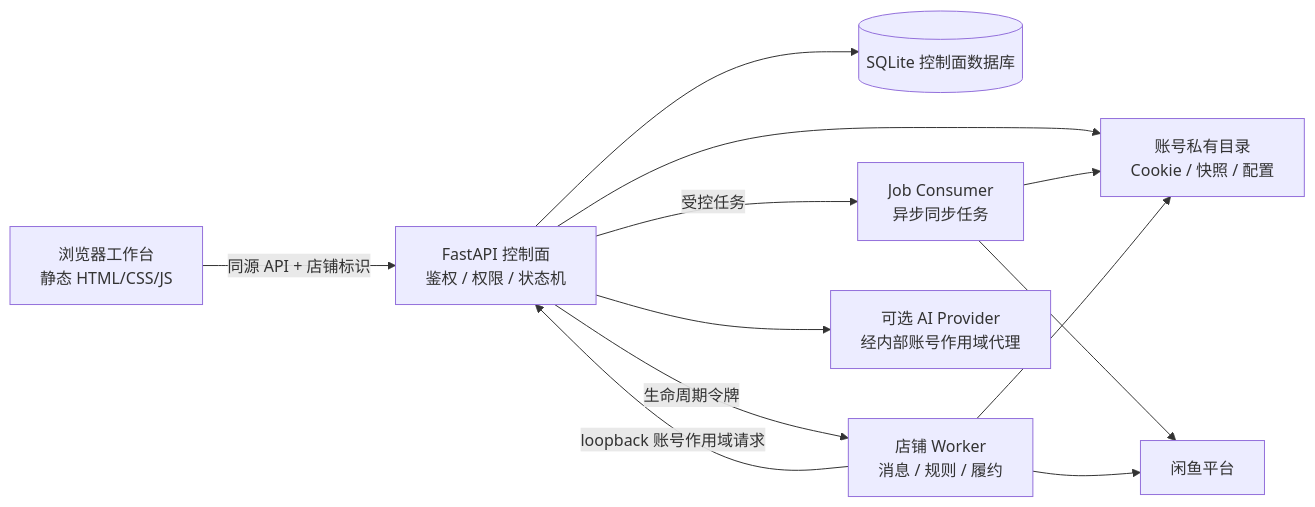
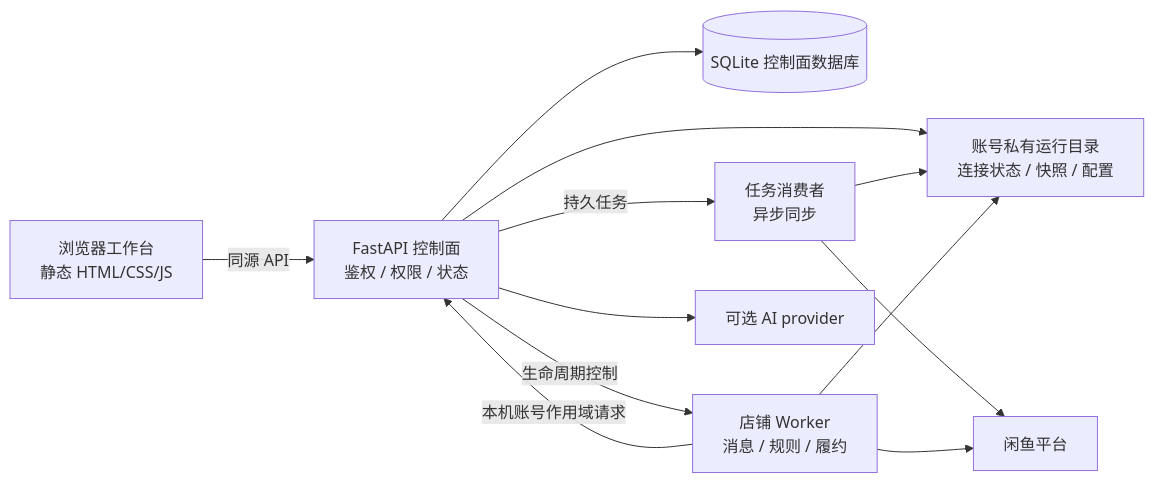
One commit to tswawa/xianyu-saas changed the diagram in docs/ARCHITECTURE.md. Above: the diagram before and after it, drawn with Mermaid. The commit also changed other lines of this file and 18 other files, not shown here.

````diff
--- a/docs/ARCHITECTURE.md
+++ b/docs/ARCHITECTURE.md
@@ -7,23 +7,23 @@
 ```mermaid
 flowchart LR
     Browser[浏览器工作台\n静态 HTML/CSS/JS]
-    API[FastAPI 控制面\n鉴权 / 权限 / 状态机]
+    API[FastAPI 控制面\n鉴权 / 权限 / 状态]
     DB[(SQLite 控制面数据库)]
-    Store[账号私有目录\nCookie / 快照 / 配置]
-    Consumer[Job Consumer\n异步同步任务]
+    Store[账号私有运行目录\n连接状态 / 快照 / 配置]
+    Consumer[任务消费者\n异步同步]
     Worker[店铺 Worker\n消息 / 规则 / 履约]
-    Xianyu[闲鱼平台]
-    AI[可选 AI Provider\n经内部账号作用域代理]
+    Platform[闲鱼平台]
+    AI[可选 AI provider]
 
-    Browser -->|同源 API + 店铺标识| API
+    Browser -->|同源 API| API
     API --> DB
     API --> Store
-    API -->|受控任务| Consumer
+    API -->|持久任务| Consumer
     Consumer --> Store
-    Consumer --> Xianyu
-    API -->|生命周期令牌| Worker
+    Consumer --> Platform
+    API -->|生命周期控制| Worker
     Worker --> Store
-    Worker --> Xianyu
-    Worker -->|loopback 账号作用域请求| API
+    Worker --> Platform
+    Worker -->|本机账号作用域请求| API
     API --> AI
 ```
````
